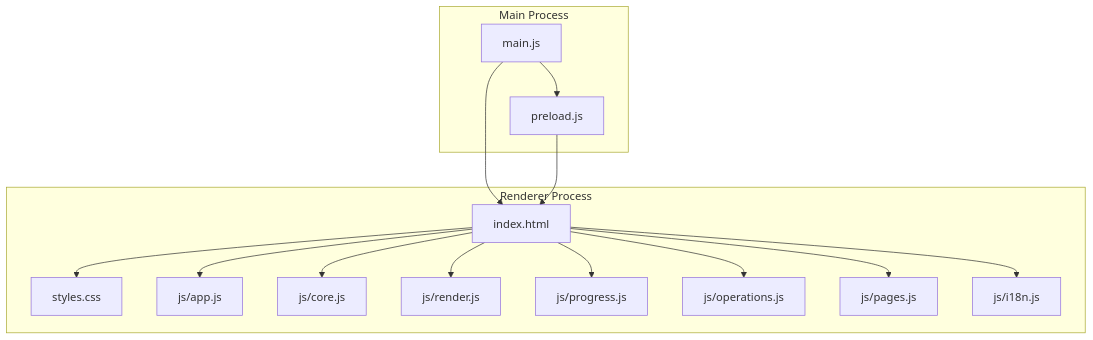
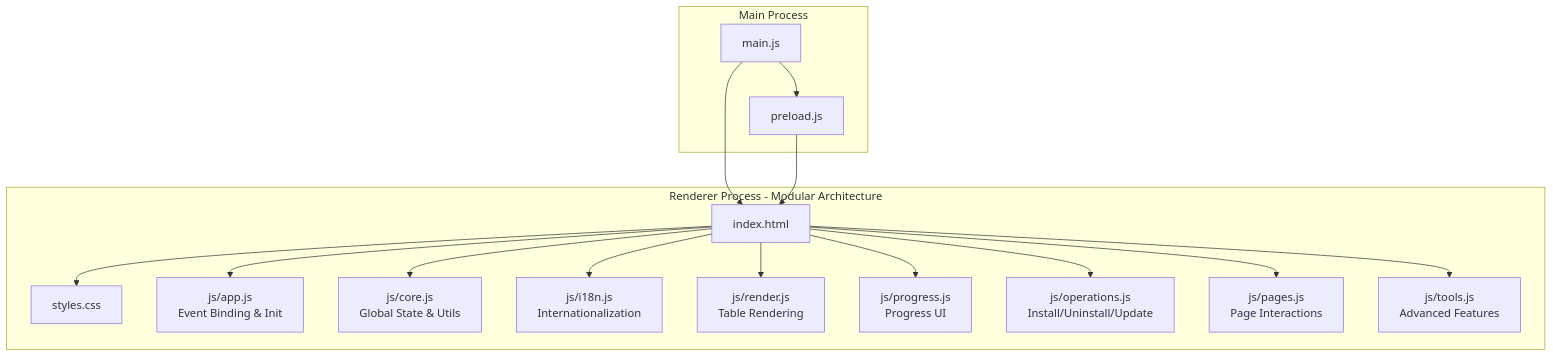
The first of 11 diagrams in docs/en/content/User Interface.md (SoftheartedYYC/PyLibMaster), drawn with Mermaid before and after one commit. The commit also changed other lines of this file and 72 other files, not shown here.

````diff
--- a/docs/en/content/User Interface.md
+++ b/docs/en/content/User Interface.md
@@ -36,29 +48,31 @@
 ```mermaid
 graph TB
 subgraph "Main Process"
 M["main.js"]
 P["preload.js"]
 end
-subgraph "Renderer Process"
+subgraph "Renderer Process - Modular Architecture"
 H["index.html"]
 S["styles.css"]
-A["js/app.js"]
-C["js/core.js"]
-R["js/render.js"]
-G["js/progress.js"]
-O["js/operations.js"]
-PAGES["js/pages.js"]
-I18N["js/i18n.js"]
+A["js/app.js<br/>Event Binding & Init"]
+C["js/core.js<br/>Global State & Utils"]
+I18N["js/i18n.js<br/>Internationalization"]
+R["js/render.js<br/>Table Rendering"]
+G["js/progress.js<br/>Progress UI"]
+O["js/operations.js<br/>Install/Uninstall/Update"]
+PAGES["js/pages.js<br/>Page Interactions"]
+TOOLS["js/tools.js<br/>Advanced Features"]
 end
 M --> H
 M --> P
 P --> H
 H --> S
 H --> I18N
 H --> C
 H --> R
 H --> G
 H --> O
 H --> PAGES
+H --> TOOLS
 H --> A
 ```
````
